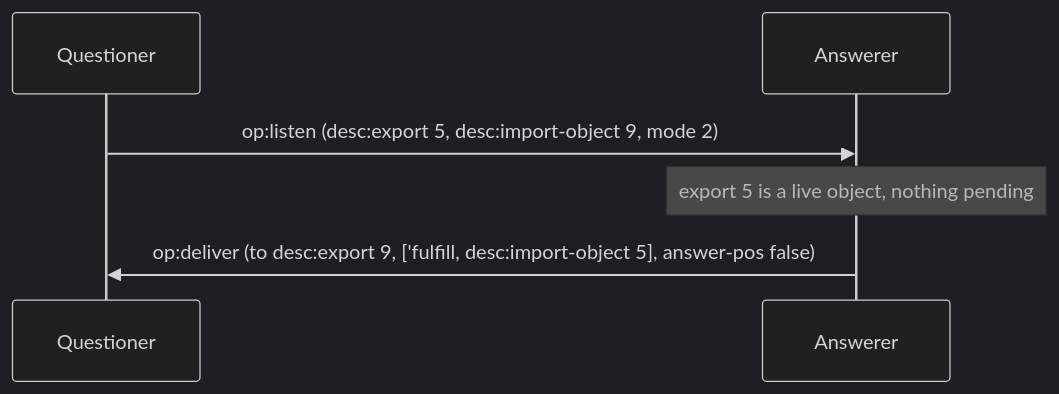
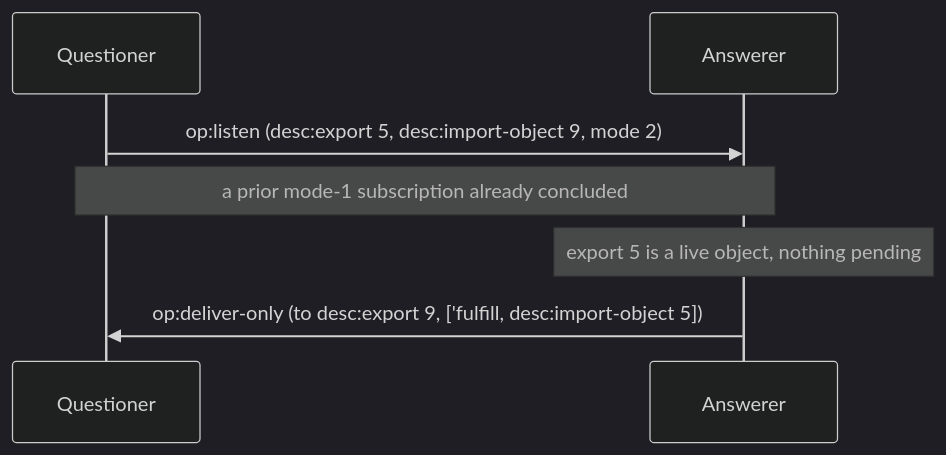
One commit to glowcap-org/glowcap changed the seventh of 7 diagrams in docs/protocol-diagrams/03-promises-and-pipelining.md. Above: the diagram before and after it, drawn with Mermaid (dark theme). The commit also changed other lines of this file and 371 other files, not shown here.

````diff
--- a/docs/protocol-diagrams/03-promises-and-pipelining.md
+++ b/docs/protocol-diagrams/03-promises-and-pipelining.md
@@ -134,8 +131,9 @@
 ```mermaid
 sequenceDiagram
     participant Q as Questioner
     participant R as Answerer
     Q->>R: op:listen (desc:export 5, desc:import-object 9, mode 2)
+    Note over Q,R: a prior mode-1 subscription already concluded
     Note over R: export 5 is a live object, nothing pending
-    R->>Q: op:deliver (to desc:export 9, ['fulfill, desc:import-object 5], answer-pos false)
+    R->>Q: op:deliver-only (to desc:export 9, ['fulfill, desc:import-object 5])
 ```
````
